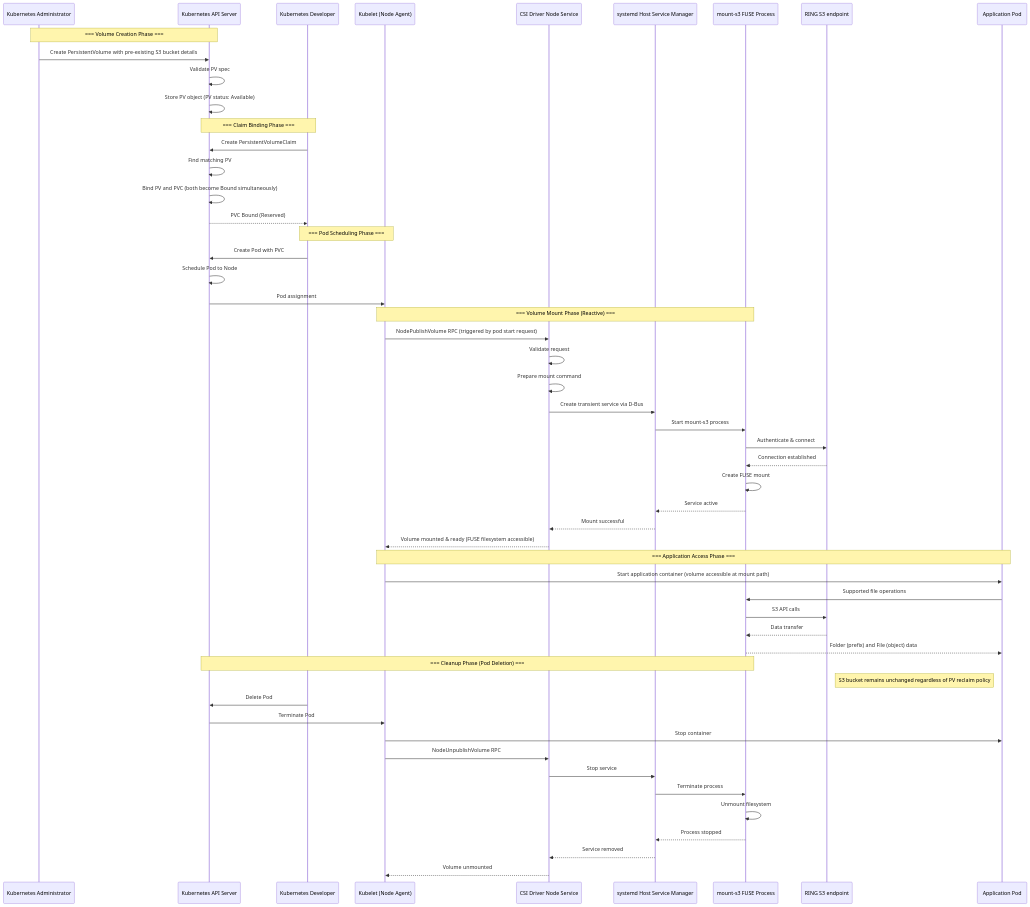
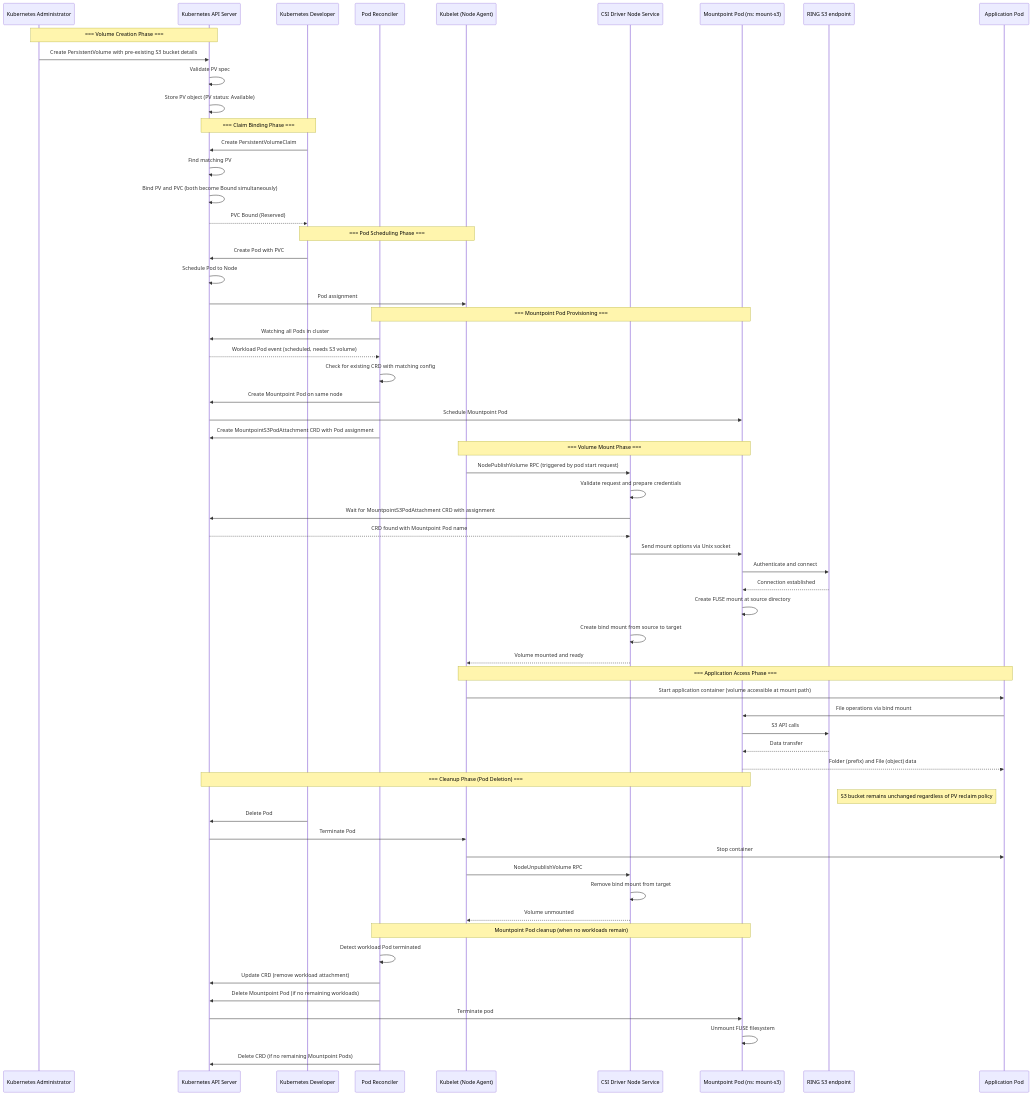
The diagram in docs/architecture/static-provisioning-flow.md (scality/mountpoint-s3-csi-driver), drawn with Mermaid before and after one commit. The commit also changed other lines of this file and 1 other file, not shown here.

Commit message:
Update provisioning flow docs for v2
Updates static and dynamic provisioning flows to document
CRD creation, Mountpoint Pod lifecycle, and bind mount
operations.

Issue: S3CSI-200

````diff
--- a/docs/architecture/static-provisioning-flow.md
+++ b/docs/architecture/static-provisioning-flow.md
@@ -7,67 +7,78 @@
 ```mermaid
 sequenceDiagram
     participant Admin as Kubernetes Administrator
     participant K8s as Kubernetes API Server
     participant Dev as Kubernetes Developer
+    participant Reconciler as Pod Reconciler
     participant Kubelet as Kubelet (Node Agent)
     participant CSI as CSI Driver Node Service
-    participant Systemd as systemd Host Service Manager
-    participant Mount as mount-s3 FUSE Process
+    participant MPPod as Mountpoint Pod (ns: mount-s3)
     participant S3 as RING S3 endpoint
     participant App as Application Pod
 
     %% Volume Creation Phase
     note over Admin,K8s: === Volume Creation Phase ===
     Admin->>K8s: Create PersistentVolume with pre-existing S3 bucket details
     K8s->>K8s: Validate PV spec
     K8s->>K8s: Store PV object (PV status: Available)
 
     %% Claim Binding Phase
     note over Dev,K8s: === Claim Binding Phase ===
     Dev->>K8s: Create PersistentVolumeClaim
     K8s->>K8s: Find matching PV
     K8s->>K8s: Bind PV and PVC (both become Bound simultaneously)
     K8s-->>Dev: PVC Bound (Reserved)
 
     %% Pod Scheduling Phase
     note over Dev,Kubelet: === Pod Scheduling Phase ===
     Dev->>K8s: Create Pod with PVC
     K8s->>K8s: Schedule Pod to Node
     K8s->>Kubelet: Pod assignment
 
+    %% Pod Reconciler detects workload
+    note over Reconciler,MPPod: === Mountpoint Pod Provisioning ===
+    Reconciler->>K8s: Watching all Pods in cluster
+    K8s-->>Reconciler: Workload Pod event (scheduled, needs S3 volume)
+    Reconciler->>Reconciler: Check for existing CRD with matching config
+    Reconciler->>K8s: Create Mountpoint Pod on same node
+    K8s->>MPPod: Schedule Mountpoint Pod
+    Reconciler->>K8s: Create MountpointS3PodAttachment CRD with Pod assignment
+
     %% Volume Mount Phase
-    note over Kubelet,Mount: === Volume Mount Phase (Reactive) ===
+    note over Kubelet,MPPod: === Volume Mount Phase ===
     Kubelet->>CSI: NodePublishVolume RPC (triggered by pod start request)
-    CSI->>CSI: Validate request
-    CSI->>CSI: Prepare mount command
-    CSI->>Systemd: Create transient service via D-Bus
-    Systemd->>Mount: Start mount-s3 process
-    Mount->>S3: Authenticate & connect
-    S3-->>Mount: Connection established
-    Mount->>Mount: Create FUSE mount
-    Mount-->>Systemd: Service active
-    Systemd-->>CSI: Mount successful
-    CSI-->>Kubelet: Volume mounted & ready (FUSE filesystem accessible)
+    CSI->>CSI: Validate request and prepare credentials
+    CSI->>K8s: Wait for MountpointS3PodAttachment CRD with assignment
+    K8s-->>CSI: CRD found with Mountpoint Pod name
+    CSI->>MPPod: Send mount options via Unix socket
+    MPPod->>S3: Authenticate and connect
+    S3-->>MPPod: Connection established
+    MPPod->>MPPod: Create FUSE mount at source directory
+    CSI->>CSI: Create bind mount from source to target
+    CSI-->>Kubelet: Volume mounted and ready
 
     %% Application Access Phase
     note over Kubelet,App: === Application Access Phase ===
     Kubelet->>App: Start application container (volume accessible at mount path)
-    App->>Mount: Supported file operations
-    Mount->>S3: S3 API calls
-    S3-->>Mount: Data transfer
-    Mount-->>App: Folder (prefix) and File (object) data
+    App->>MPPod: File operations via bind mount
+    MPPod->>S3: S3 API calls
+    S3-->>MPPod: Data transfer
+    MPPod-->>App: Folder (prefix) and File (object) data
 
     %% Cleanup Phase
-    note over K8s,Mount: === Cleanup Phase (Pod Deletion) ===
+    note over K8s,MPPod: === Cleanup Phase (Pod Deletion) ===
     note right of S3: S3 bucket remains unchanged regardless of PV reclaim policy
     Dev->>K8s: Delete Pod
     K8s->>Kubelet: Terminate Pod
     Kubelet->>App: Stop container
     Kubelet->>CSI: NodeUnpublishVolume RPC
-    CSI->>Systemd: Stop service
-    Systemd->>Mount: Terminate process
-    Mount->>Mount: Unmount filesystem
-    Mount-->>Systemd: Process stopped
-    Systemd-->>CSI: Service removed
+    CSI->>CSI: Remove bind mount from target
     CSI-->>Kubelet: Volume unmounted
+    note over Reconciler,MPPod: Mountpoint Pod cleanup (when no workloads remain)
+    Reconciler->>Reconciler: Detect workload Pod terminated
+    Reconciler->>K8s: Update CRD (remove workload attachment)
+    Reconciler->>K8s: Delete Mountpoint Pod (if no remaining workloads)
+    K8s->>MPPod: Terminate pod
+    MPPod->>MPPod: Unmount FUSE filesystem
+    Reconciler->>K8s: Delete CRD (if no remaining Mountpoint Pods)
 ```
````
